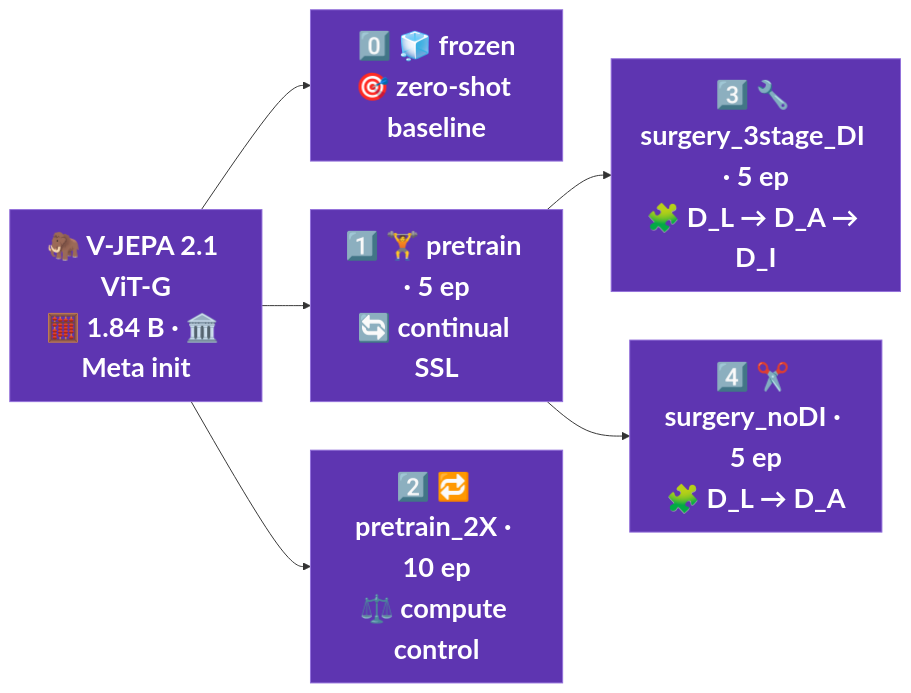
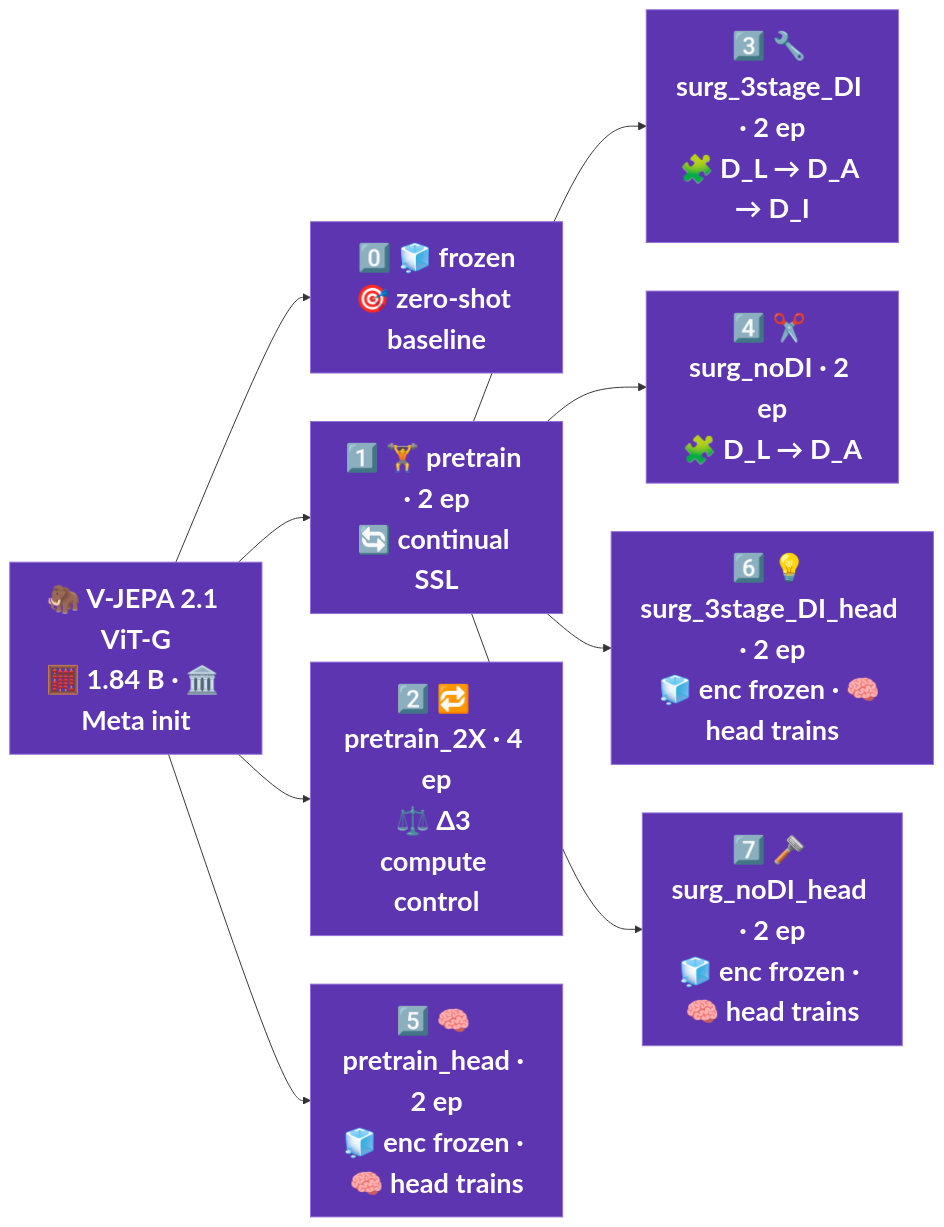
One commit to kapilw25/LLM_asAgent_3D_SR changed the second of 10 diagrams in iter/iter15_trainHead_freezeEncoder/high_level_mermaid_SD.md. Above: the diagram before and after it, drawn with Mermaid. The commit also changed other lines of this file and 13 other files, not shown here.

````diff
--- a/iter/iter15_trainHead_freezeEncoder/high_level_mermaid_SD.md
+++ b/iter/iter15_trainHead_freezeEncoder/high_level_mermaid_SD.md
@@ -27,15 +27,21 @@
 ```mermaid
 flowchart LR
     M["🦣 V-JEPA 2.1 ViT-G<br>🧮 1.84 B · 🏛️ Meta init"]
     M --> A0["0️⃣ 🧊 frozen<br>🎯 zero-shot baseline"]
-    M --> A1["1️⃣ 🏋️ pretrain · 5 ep<br>🔄 continual SSL"]
-    M --> A2["2️⃣ 🔁 pretrain_2X · 10 ep<br>⚖️ compute control"]
-    A1 --> A3["3️⃣ 🔧 surgery_3stage_DI · 5 ep<br>🧩 D_L → D_A → D_I"]
-    A1 --> A4["4️⃣ ✂️ surgery_noDI · 5 ep<br>🧩 D_L → D_A"]
+    M --> A1["1️⃣ 🏋️ pretrain · 2 ep<br>🔄 continual SSL"]
+    M --> A2["2️⃣ 🔁 pretrain_2X · 4 ep<br>⚖️ Δ3 compute control"]
+    A1 --> A3["3️⃣ 🔧 surg_3stage_DI · 2 ep<br>🧩 D_L → D_A → D_I"]
+    A1 --> A4["4️⃣ ✂️ surg_noDI · 2 ep<br>🧩 D_L → D_A"]
+    M --> A5["5️⃣ 🧠 pretrain_head · 2 ep<br>🧊 enc frozen · 🧠 head trains"]
+    A1 --> A6["6️⃣ 💡 surg_3stage_DI_head · 2 ep<br>🧊 enc frozen · 🧠 head trains"]
+    A1 --> A7["7️⃣ 🪒 surg_noDI_head · 2 ep<br>🧊 enc frozen · 🧠 head trains"]
     style M fill:#5e35b1,color:#fff,font-weight:bold,font-size:28px
     style A0 fill:#5e35b1,color:#fff,font-weight:bold,font-size:28px
     style A1 fill:#5e35b1,color:#fff,font-weight:bold,font-size:28px
     style A2 fill:#5e35b1,color:#fff,font-weight:bold,font-size:28px
     style A3 fill:#5e35b1,color:#fff,font-weight:bold,font-size:28px
     style A4 fill:#5e35b1,color:#fff,font-weight:bold,font-size:28px
+    style A5 fill:#5e35b1,color:#fff,font-weight:bold,font-size:28px
+    style A6 fill:#5e35b1,color:#fff,font-weight:bold,font-size:28px
+    style A7 fill:#5e35b1,color:#fff,font-weight:bold,font-size:28px
 ```
````
